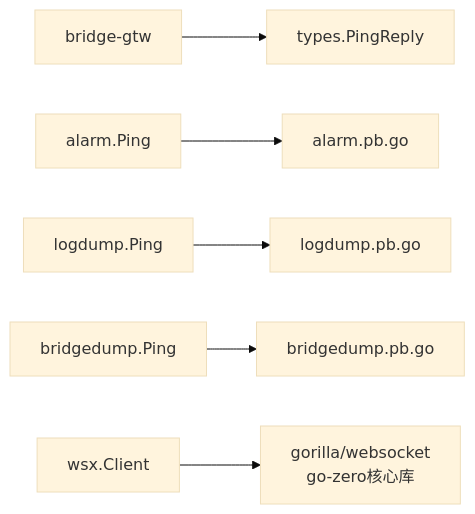
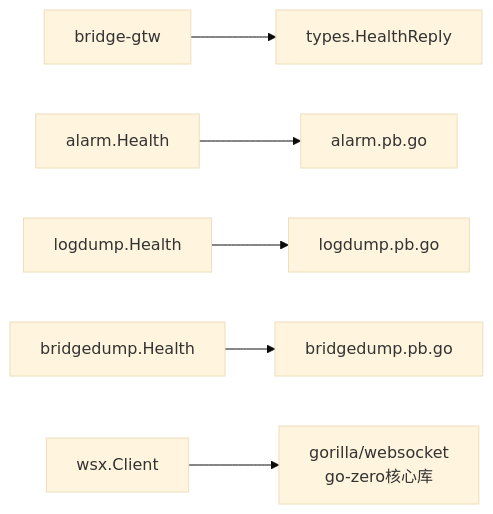
One commit to maomao94/zero-service changed the sixth of 6 diagrams in .qoder/repowiki/zh/content/AI应用模块/SSE网关服务/Ping健康检查.md. Above: the diagram before and after it, drawn with Mermaid (base theme). The commit also changed other lines of this file and 6 other files, not shown here.

````diff
--- a/.qoder/repowiki/zh/content/AI应用模块/SSE网关服务/Ping健康检查.md
+++ b/.qoder/repowiki/zh/content/AI应用模块/SSE网关服务/Ping健康检查.md
@@ -241,8 +252,8 @@
 ```mermaid
 graph LR
-GW["bridge-gtw"] --> Types["types.PingReply"]
-AL["alarm.Ping"] --> ALPB["alarm.pb.go"]
-LD["logdump.Ping"] --> LDPB["logdump.pb.go"]
-BD["bridgedump.Ping"] --> BDPB["bridgedump.pb.go"]
+GW["bridge-gtw"] --> Types["types.HealthReply"]
+AL["alarm.Health"] --> ALPB["alarm.pb.go"]
+LD["logdump.Health"] --> LDPB["logdump.pb.go"]
+BD["bridgedump.Health"] --> BDPB["bridgedump.pb.go"]
 WS["wsx.Client"] --> WSdep["gorilla/websocket<br/>go-zero核心库"]
 ```
````
